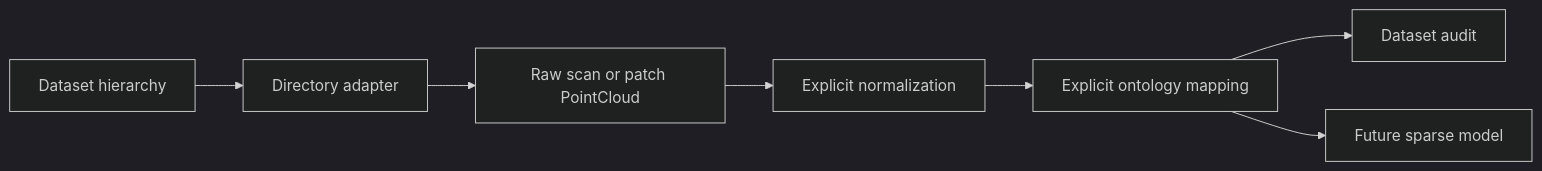
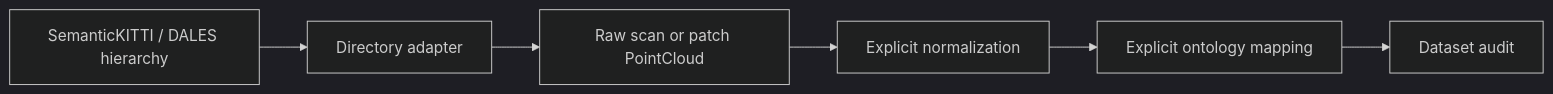
One commit to muhammadmahadazher/laserperception changed the second of 2 diagrams in docs/ARCHITECTURE.md. Above: the diagram before and after it, drawn with Mermaid (dark theme). The commit also changed other lines of this file and 6 other files, not shown here.

Commit message:
docs: transition LaserPerception to 3D detection roadmap

````diff
--- a/docs/ARCHITECTURE.md
+++ b/docs/ARCHITECTURE.md
@@ -6,9 +47,8 @@
 ```mermaid
 flowchart LR
-    A["Dataset hierarchy"] --> B["Directory adapter"]
-    B --> C["Raw scan or patch PointCloud"]
-    C --> D["Explicit normalization"]
-    D --> E["Explicit ontology mapping"]
-    E --> F["Dataset audit"]
-    E --> G["Future sparse model"]
+    J["SemanticKITTI / DALES hierarchy"] --> K["Directory adapter"]
+    K --> L["Raw scan or patch PointCloud"]
+    L --> M["Explicit normalization"]
+    M --> N["Explicit ontology mapping"]
+    N --> O["Dataset audit"]
 ```
````
